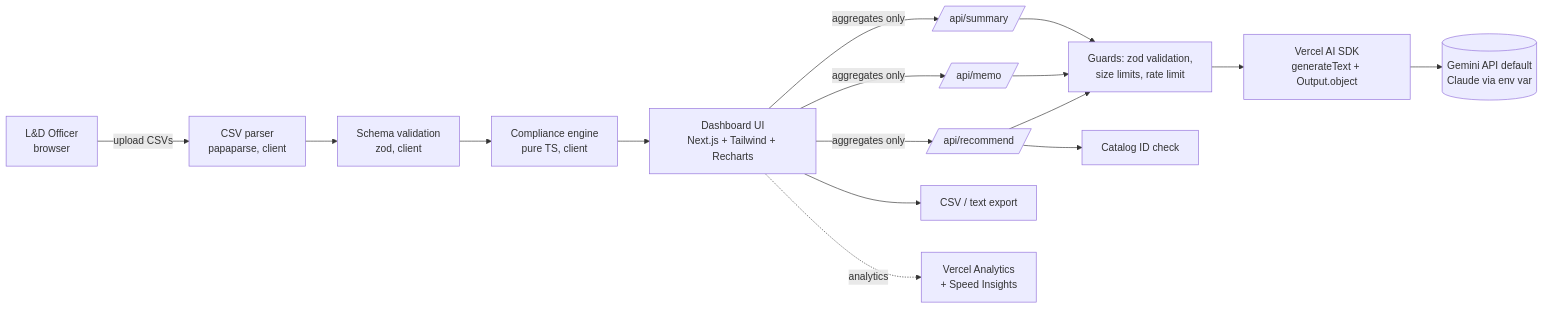
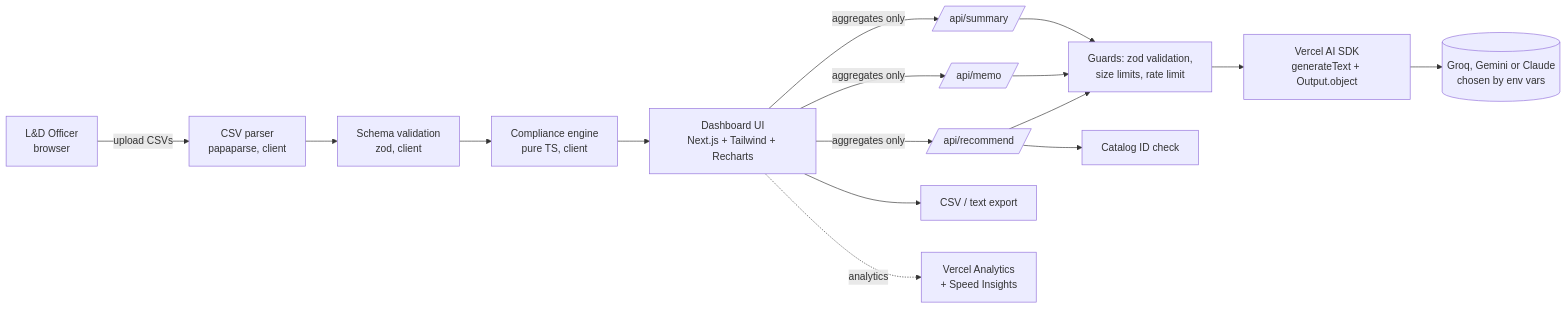
One commit to Chris-GottaGit5hub/training-compliance-radar changed the diagram in docs/architecture.md. Above: the diagram before and after it, drawn with Mermaid. The commit also changed other lines of this file and 10 other files, not shown here.

````diff
--- a/docs/architecture.md
+++ b/docs/architecture.md
@@ -10,16 +10,16 @@
 ```mermaid
 flowchart LR
   U[L&D Officer<br/>browser] -->|upload CSVs| P[CSV parser<br/>papaparse, client]
   P --> V[Schema validation<br/>zod, client]
   V --> E[Compliance engine<br/>pure TS, client]
   E --> D[Dashboard UI<br/>Next.js + Tailwind + Recharts]
   D -->|aggregates only| A1[/api/recommend/]
   D -->|aggregates only| A2[/api/memo/]
   D -->|aggregates only| A3[/api/summary/]
   A1 & A2 & A3 --> G[Guards: zod validation,<br/>size limits, rate limit]
   G --> L[Vercel AI SDK<br/>generateText + Output.object]
-  L --> C[(Gemini API default<br/>Claude via env var)]
+  L --> C[(Groq, Gemini or Claude<br/>chosen by env vars)]
   A1 --> K[Catalog ID check]
   D --> X[CSV / text export]
   D -. analytics .-> M[Vercel Analytics<br/>+ Speed Insights]
 ```
````
